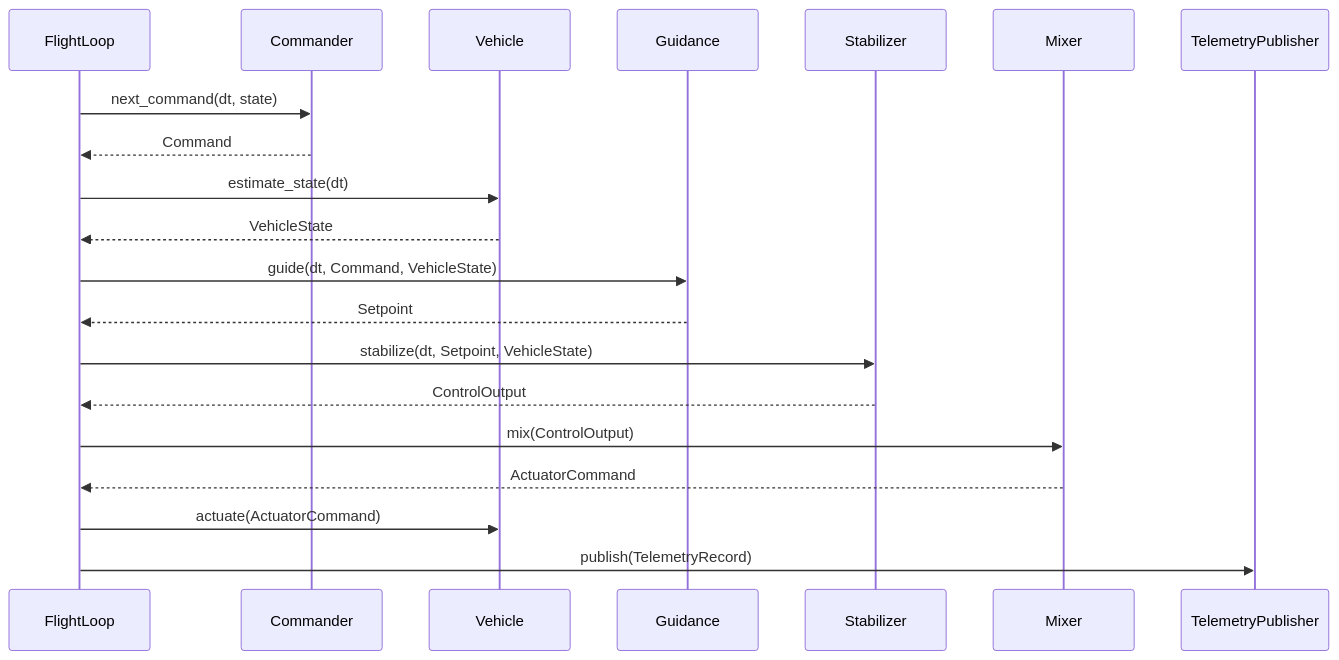
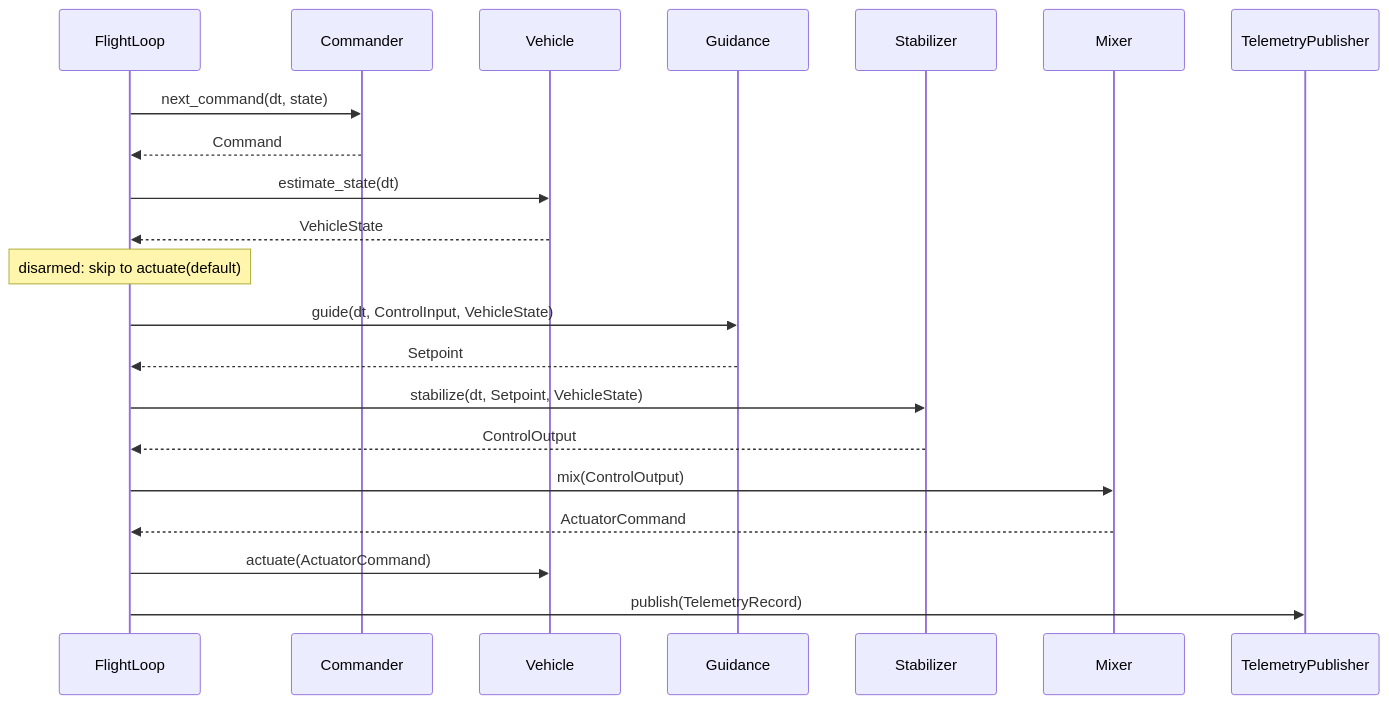
One commit to wboayue/stable-flight changed the diagram in architecture.md. Above: the diagram before and after it, drawn with Mermaid. The commit also changed other lines of this file and 28 other files, not shown here.

Commit message:
Gate motors on Command::arm; arm moves to Command { arm, input } (#125)

````diff
--- a/architecture.md
+++ b/architecture.md
@@ -52,23 +53,24 @@
 ```mermaid
 sequenceDiagram
     participant FlightLoop
     participant Commander
     participant Vehicle
     participant Guidance
     participant Stabilizer
     participant Mixer
     participant TelemetryPublisher
 
     FlightLoop->>Commander: next_command(dt, state)
     Commander-->>FlightLoop: Command
     FlightLoop->>Vehicle: estimate_state(dt)
     Vehicle-->>FlightLoop: VehicleState
-    FlightLoop->>Guidance: guide(dt, Command, VehicleState)
+    Note over FlightLoop: disarmed: skip to actuate(default)
+    FlightLoop->>Guidance: guide(dt, ControlInput, VehicleState)
     Guidance-->>FlightLoop: Setpoint
     FlightLoop->>Stabilizer: stabilize(dt, Setpoint, VehicleState)
     Stabilizer-->>FlightLoop: ControlOutput
     FlightLoop->>Mixer: mix(ControlOutput)
     Mixer-->>FlightLoop: ActuatorCommand
     FlightLoop->>Vehicle: actuate(ActuatorCommand)
     FlightLoop->>TelemetryPublisher: publish(TelemetryRecord)
 ```
````
